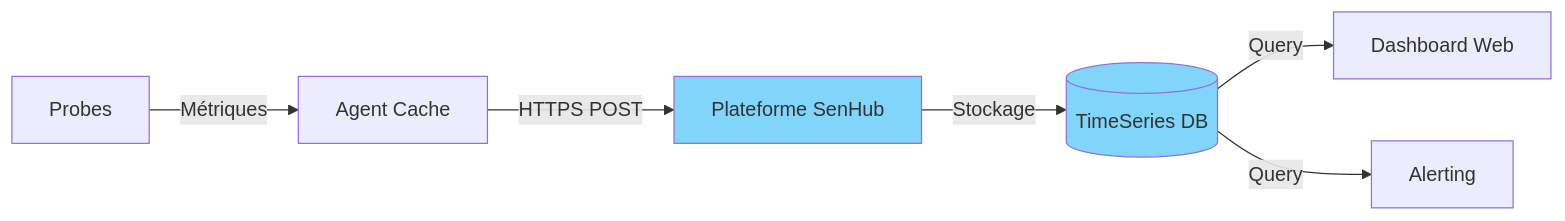
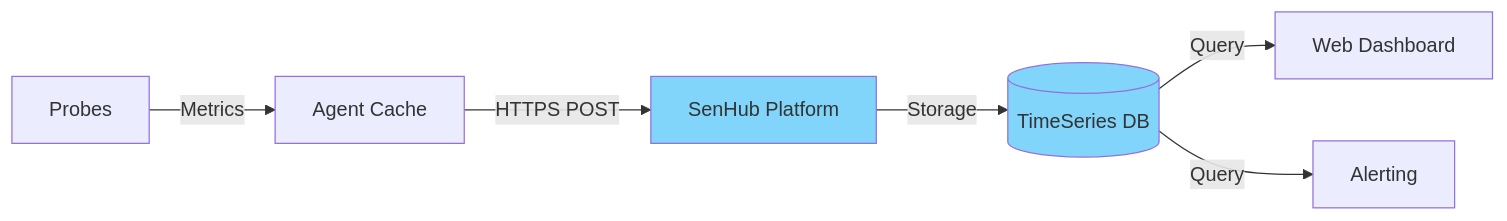
The eighth of 13 diagrams in docs/user-guide/OPERATING-MODES.md (senhub-io/senhub-agent), drawn with Mermaid before and after one commit. The commit also changed other lines of this file and 1 other file, not shown here.

````diff
--- a/docs/user-guide/OPERATING-MODES.md
+++ b/docs/user-guide/OPERATING-MODES.md
@@ -459,11 +459,11 @@
 ```mermaid
 graph LR
-    A[Probes] -->|Métriques| B[Agent Cache]
-    B -->|HTTPS POST| C[Plateforme SenHub]
-    C -->|Stockage| D[(TimeSeries DB)]
-    D -->|Query| E[Dashboard Web]
+    A[Probes] -->|Metrics| B[Agent Cache]
+    B -->|HTTPS POST| C[SenHub Platform]
+    C -->|Storage| D[(TimeSeries DB)]
+    D -->|Query| E[Web Dashboard]
     D -->|Query| F[Alerting]
 
     style C fill:#81d4fa
     style D fill:#81d4fa
 ```
````
